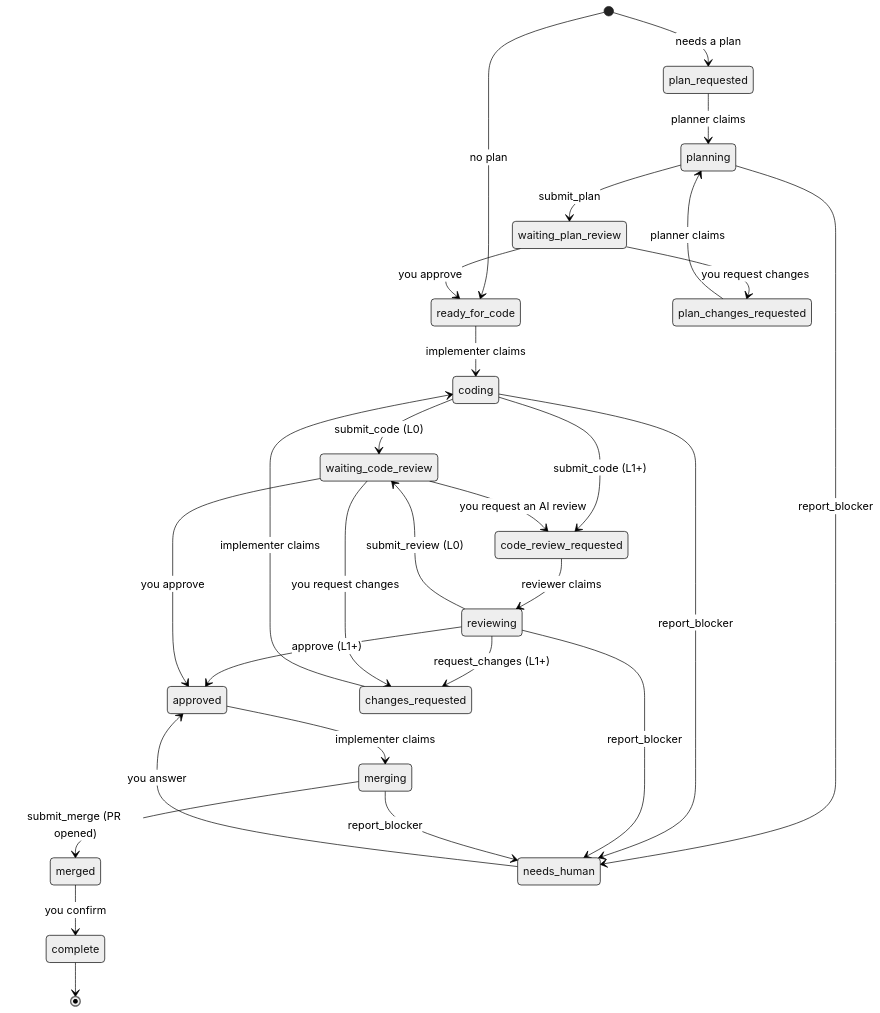
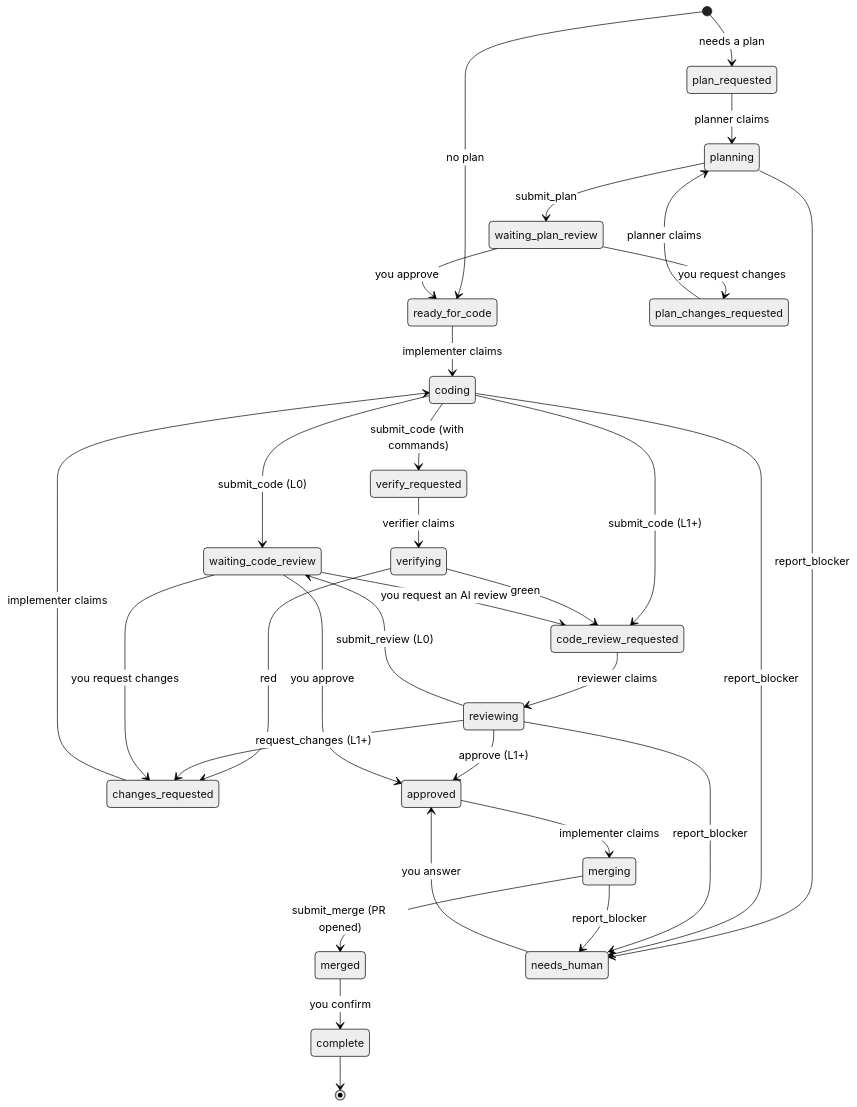
Before and after one commit to sergiowero/agent-task-queue: the second of 2 diagrams in README.md, drawn with Mermaid (neutral theme). The commit also changed other lines of this file and 60 other files, not shown here.

````diff
--- a/README.md
+++ b/README.md
@@ -151,30 +151,34 @@
 ```mermaid
 stateDiagram-v2
     [*] --> plan_requested: needs a plan
     [*] --> ready_for_code: no plan
     plan_requested --> planning: planner claims
     planning --> waiting_plan_review: submit_plan
     waiting_plan_review --> ready_for_code: you approve
     waiting_plan_review --> plan_changes_requested: you request changes
     plan_changes_requested --> planning: planner claims
     ready_for_code --> coding: implementer claims
     coding --> waiting_code_review: submit_code (L0)
     coding --> code_review_requested: submit_code (L1+)
+    coding --> verify_requested: submit_code (with commands)
+    verify_requested --> verifying: verifier claims
+    verifying --> code_review_requested: green
+    verifying --> changes_requested: red
     reviewing --> approved: approve (L1+)
     reviewing --> changes_requested: request_changes (L1+)
     waiting_code_review --> code_review_requested: you request an AI review
     code_review_requested --> reviewing: reviewer claims
     reviewing --> waiting_code_review: submit_review (L0)
     waiting_code_review --> changes_requested: you request changes
     changes_requested --> coding: implementer claims
     waiting_code_review --> approved: you approve
     approved --> merging: implementer claims
     merging --> merged: submit_merge (PR opened)
     merged --> complete: you confirm
     complete --> [*]
     planning --> needs_human: report_blocker
     coding --> needs_human: report_blocker
     reviewing --> needs_human: report_blocker
     merging --> needs_human: report_blocker
     needs_human --> approved: you answer
 ```
````
